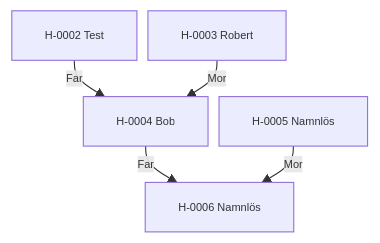
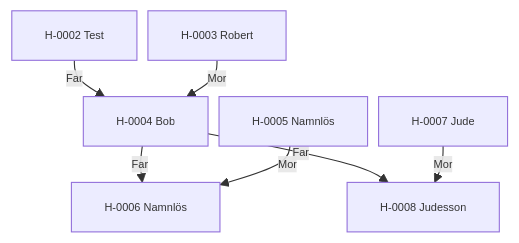
One commit to awoltmp/horse-registry changed the diagram in content/02. Register/02.3 Stamtavlor/Stamtavla H-0002.md. Above: the diagram before and after it, drawn with Mermaid. The commit also changed other lines of this file and 37 other files, not shown here.

````diff
--- a/content/02. Register/02.3 Stamtavlor/Stamtavla H-0002.md
+++ b/content/02. Register/02.3 Stamtavlor/Stamtavla H-0002.md
@@ -23,14 +23,18 @@
 ```mermaid
 %%{init: {"flowchart": {"nodeSpacing": 10, "rankSpacing": 18, "curve": "basis", "htmlLabels": true}, "themeVariables": {"fontSize": "10px"}}}%%
 flowchart TB
     h0["H-0002 Test"]
     h1["H-0003 Robert"]
     h2["H-0004 Bob"]
     h3["H-0005 Namnlös"]
     h4["H-0006 Namnlös"]
+    h5["H-0007 Jude"]
+    h6["H-0008 Judesson"]
     h0 -->|Far| h2
     h1 -->|Mor| h2
     h2 -->|Far| h4
     h3 -->|Mor| h4
-    class h0,h1,h2,h3,h4 internal-link;
+    h2 -->|Far| h6
+    h5 -->|Mor| h6
+    class h0,h1,h2,h3,h4,h5,h6 internal-link;
 ```
````
